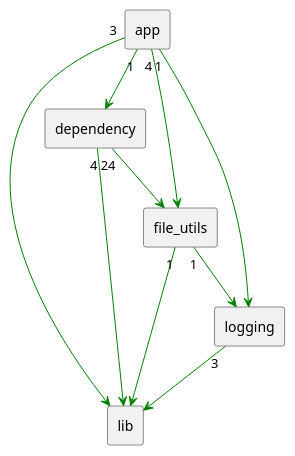
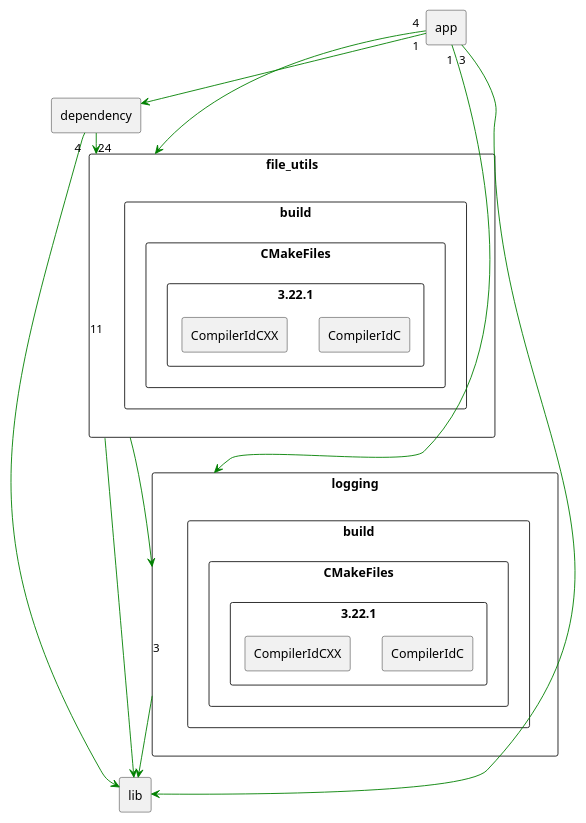
The diagram in plant_uml/deps.pu (ichiroprogrammer/comprehensive_cpp), drawn with PlantUML before and after one commit. The commit also changed 6 other files, not shown here.

```diff
--- a/plant_uml/deps.pu
+++ b/plant_uml/deps.pu
@@ -1,19 +1,37 @@
 @startuml
 scale max 730 width
 rectangle "app" as app
 rectangle "dependency" as dependency
-rectangle "file_utils" as file_utils
+rectangle "file_utils" as file_utils {
+    rectangle "build" as file_utils___build {
+        rectangle "CMakeFiles" as file_utils___build___CMakeFiles {
+            rectangle "3.22.1" as file_utils___build___CMakeFiles___3.22.1 {
+                rectangle "CompilerIdC" as file_utils___build___CMakeFiles___3.22.1___CompilerIdC
+                rectangle "CompilerIdCXX" as file_utils___build___CMakeFiles___3.22.1___CompilerIdCXX
+            }
+        }
+    }
+}
 rectangle "lib" as lib
-rectangle "logging" as logging
+rectangle "logging" as logging {
+    rectangle "build" as logging___build {
+        rectangle "CMakeFiles" as logging___build___CMakeFiles {
+            rectangle "3.22.1" as logging___build___CMakeFiles___3.22.1 {
+                rectangle "CompilerIdC" as logging___build___CMakeFiles___3.22.1___CompilerIdC
+                rectangle "CompilerIdCXX" as logging___build___CMakeFiles___3.22.1___CompilerIdCXX
+            }
+        }
+    }
+}
 
 app "1" -[#green]-> dependency
 app "4" -[#green]-> file_utils
 app "3" -[#green]-> lib
 app "1" -[#green]-> logging
 dependency "24" -[#green]-> file_utils
 dependency "4" -[#green]-> lib
 file_utils "1" -[#green]-> lib
 file_utils "1" -[#green]-> logging
 logging "3" -[#green]-> lib
 
 @enduml
```
